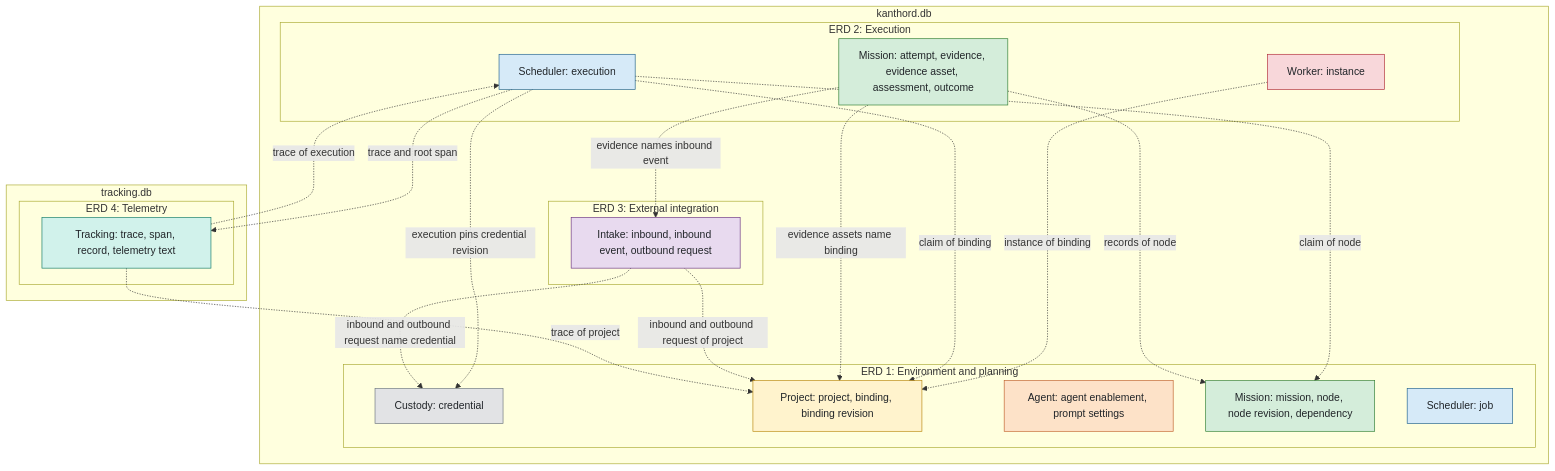
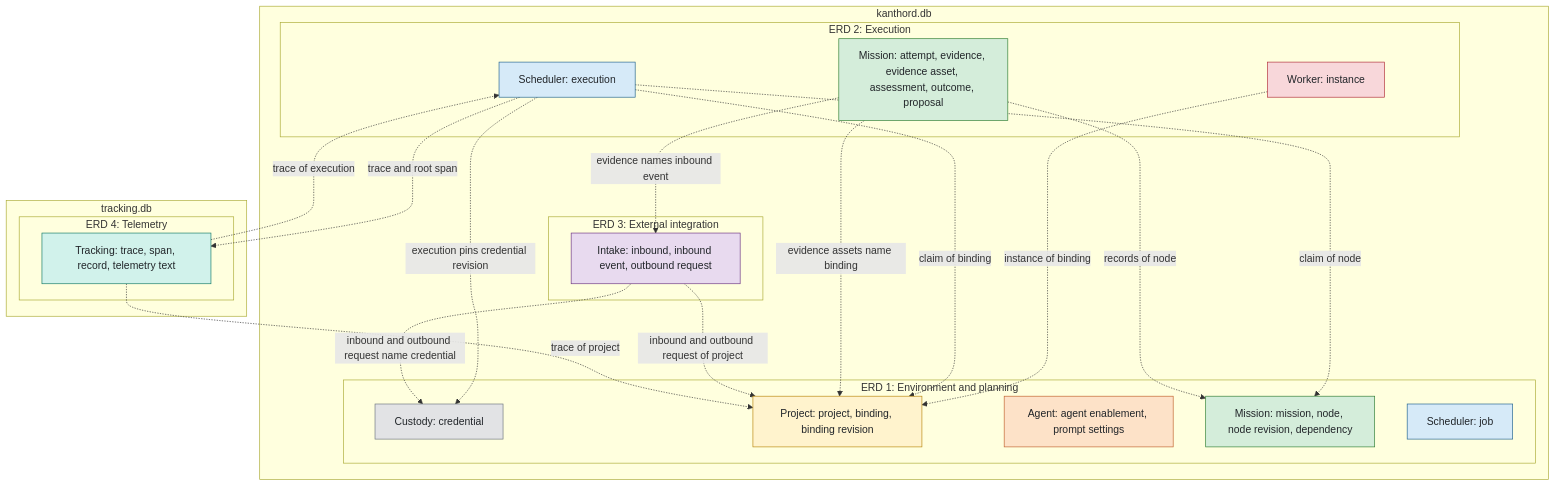
Before and after one commit to kanthorlabs/kanthord: the diagram in docs/reference/erd/README.md, drawn with Mermaid. The commit also changed other lines of this file and 1 other file, not shown here.

Commit message:
docs(erd): add the stalled execution column and the proposal table

````diff
--- a/docs/reference/erd/README.md
+++ b/docs/reference/erd/README.md
@@ -32,58 +32,58 @@
 ```mermaid
 flowchart TB
     subgraph db1["kanthord.db"]
         subgraph v1["ERD 1: Environment and planning"]
             c1["Custody: credential"]
             p1["Project: project, binding, binding revision"]
             a1["Agent: agent enablement, prompt settings"]
             m1["Mission: mission, node, node revision, dependency"]
             s1["Scheduler: job"]
         end
         subgraph v2["ERD 2: Execution"]
             w2["Worker: instance"]
             s2["Scheduler: execution"]
-            m2["Mission: attempt, evidence, evidence asset, assessment, outcome"]
+            m2["Mission: attempt, evidence, evidence asset, assessment, outcome, proposal"]
         end
         subgraph v3["ERD 3: External integration"]
             i3["Intake: inbound, inbound event, outbound request"]
         end
     end
     subgraph db2["tracking.db"]
         subgraph v4["ERD 4: Telemetry"]
             t4["Tracking: trace, span, record, telemetry text"]
         end
     end
 
     w2 -.->|instance of binding| p1
     s2 -.->|claim of node| m1
     s2 -.->|claim of binding| p1
     s2 -.->|execution pins credential revision| c1
     m2 -.->|records of node| m1
     m2 -.->|evidence assets name binding| p1
 
     i3 -.->|inbound and outbound request of project| p1
     i3 -.->|inbound and outbound request name credential| c1
     m2 -.->|evidence names inbound event| i3
 
     t4 -.->|trace of execution| s2
     s2 -.->|trace and root span| t4
     t4 -.->|trace of project| p1
 
     classDef custody fill:#e2e3e5,stroke:#6c757d,color:#212529
     classDef project fill:#fff3cd,stroke:#b8860b,color:#212529
     classDef worker fill:#f8d7da,stroke:#b02a37,color:#212529
     classDef agent fill:#fde2c8,stroke:#c0602b,color:#212529
     classDef mission fill:#d4edda,stroke:#2e7d32,color:#212529
     classDef scheduler fill:#d6eaf8,stroke:#1f618d,color:#212529
     classDef intake fill:#e8daef,stroke:#6c3483,color:#212529
     classDef tracking fill:#d1f2eb,stroke:#117a65,color:#212529
 
     class c1 custody
     class p1 project
     class w2 worker
     class a1 agent
     class m1,m2 mission
     class s1,s2 scheduler
     class i3 intake
     class t4 tracking
 ```
````
